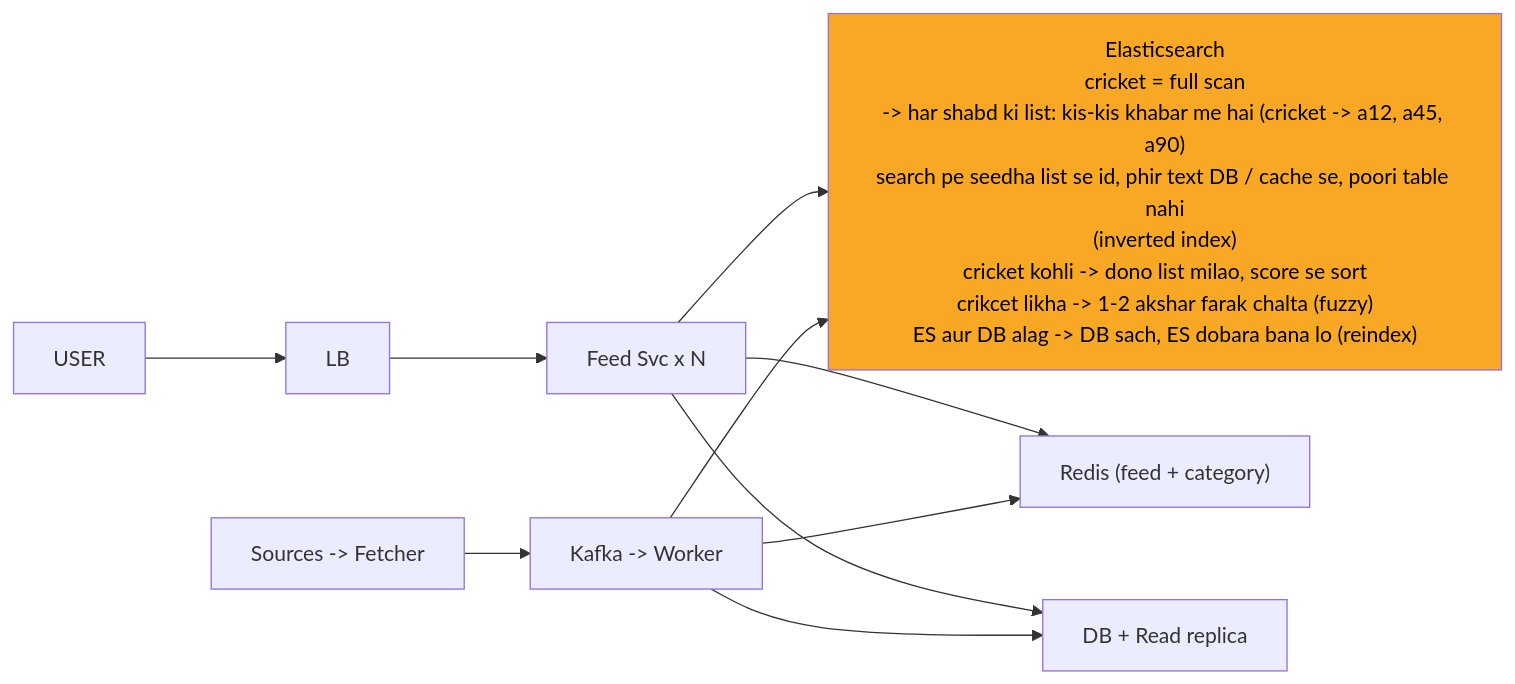
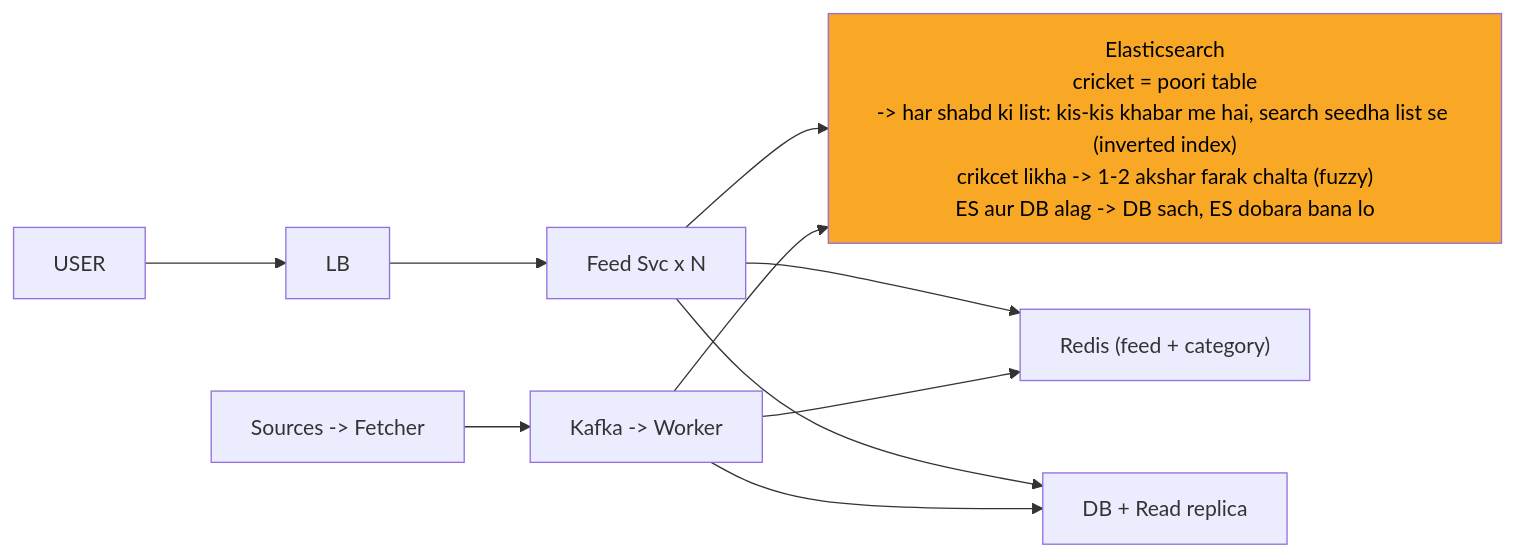
Before and after one commit to ArpanMaheshwari144/Prep: the diagram in 04_HLD/SYSTEM_DESIGNS/08_news_aggregator/img/c7.mmd, drawn with Mermaid. The commit also changed 39 other files, not shown here.

```diff
--- a/04_HLD/SYSTEM_DESIGNS/08_news_aggregator/img/c7.mmd
+++ b/04_HLD/SYSTEM_DESIGNS/08_news_aggregator/img/c7.mmd
@@ -1,20 +1,20 @@
 %%{init: {"flowchart": {"wrappingWidth": 450}}}%%
 flowchart LR
     n_USER["USER"]
     n_LB["LB"]
     n_Feed_Svc_xN["Feed Svc x N"]
-    n_Elasticsearch["Elasticsearch<br/>cricket = full scan<br/>-> har shabd ki list: kis-kis khabar me hai (cricket -> a12, a45, a90)<br/>search pe seedha list se id, phir text DB / cache se, poori table nahi<br/>(inverted index)<br/>cricket kohli -> dono list milao, score se sort<br/>crikcet likha -> 1-2 akshar farak chalta (fuzzy)<br/>ES aur DB alag -> DB sach, ES dobara bana lo (reindex)"]
+    n_Elasticsearch["Elasticsearch<br/>cricket = poori table<br/>-> har shabd ki list: kis-kis khabar me hai, search seedha list se (inverted index)<br/>crikcet likha -> 1-2 akshar farak chalta (fuzzy)<br/>ES aur DB alag -> DB sach, ES dobara bana lo"]
     n_Redis["Redis (feed + category)"]
     n_DBR["DB + Read replica"]
     n_KW["Kafka -> Worker"]
     n_SF["Sources -> Fetcher"]
     n_USER --> n_LB
     n_LB --> n_Feed_Svc_xN
     n_Feed_Svc_xN --> n_Elasticsearch
     n_Feed_Svc_xN --> n_Redis
     n_Feed_Svc_xN --> n_DBR
     n_KW --> n_DBR
     n_KW --> n_Redis
     n_KW --> n_Elasticsearch
     n_SF --> n_KW
     style n_Elasticsearch fill:#f9a825,color:#000
```
